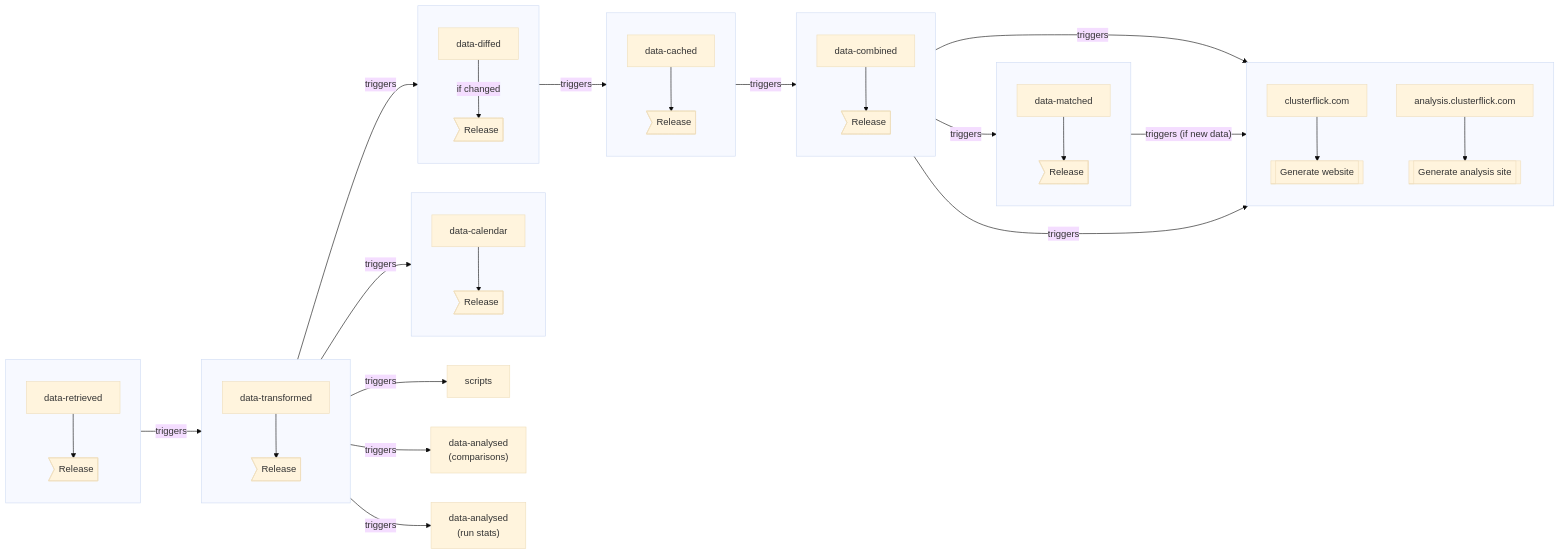
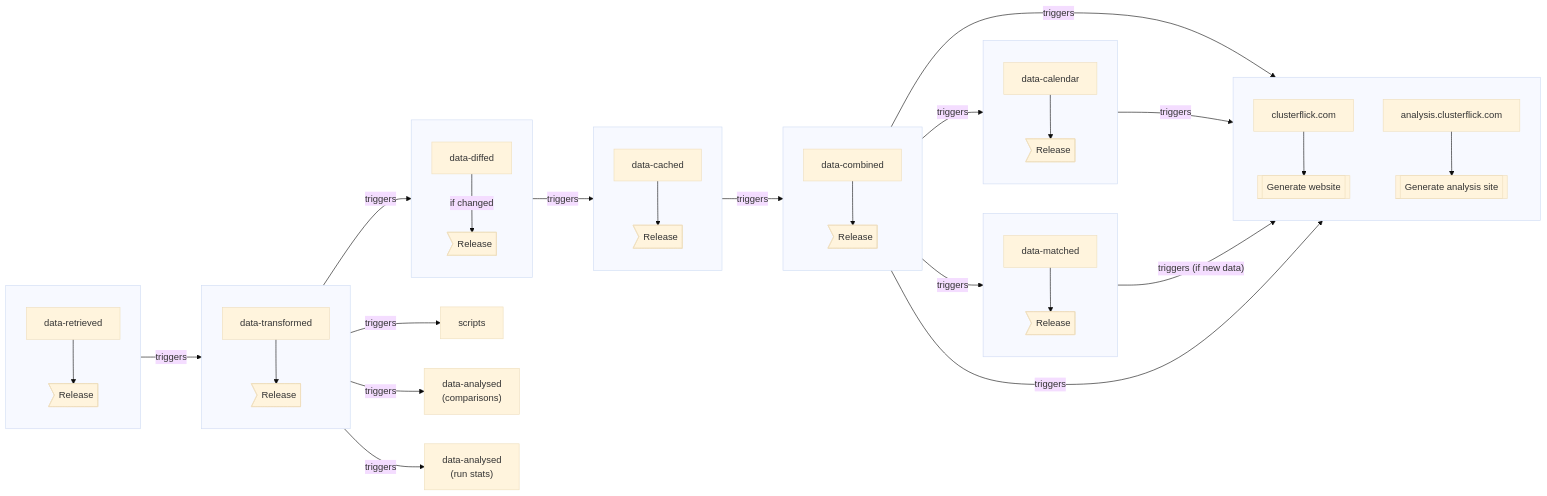
One commit to clusterflick/.github changed the diagram in profile/README.md. Above: the diagram before and after it, drawn with Mermaid (base theme). The commit also changed other lines of this file, not shown here.

Commit message:
Update pipeline diagram

````diff
--- a/profile/README.md
+++ b/profile/README.md
@@ -31,68 +32,69 @@
 ```mermaid
 flowchart LR
     retrieved["data-retrieved"]
     transformed["data-transformed"]
     calendar["data-calendar"]
     cached["data-cached"]
     diffed["data-diffed"]
     combined["data-combined"]
     matched["data-matched"]
     scripts["scripts"]
     analysed["data-analysed<br>(comparisons)"]
     runstats["data-analysed<br>(run stats)"]
 
     subgraph retrival[" "]
         direction TB
         retrieved --> retrival-release>Release]
     end
 
     subgraph transformation[" "]
         direction TB
         transformed --> transformation-release>Release]
     end
 
     subgraph calendars[" "]
         direction TB
         calendar --> calendar-release>Release]
     end
 
     subgraph caching[" "]
         direction TB
         cached --> cached-release>Release]
     end
 
     subgraph diffing[" "]
         direction TB
         diffed --"if changed"--> diffed-release>Release]
     end
 
     subgraph combination[" "]
         direction TB
         combined --> combined-release>Release]
     end
 
     subgraph matching[" "]
         direction TB
         matched --> matched-release>Release]
     end
 
     subgraph website[" "]
         direction TB
         clusterflick.com --> id1[[Generate website]]
         analysis["analysis.clusterflick.com"] --> id2[[Generate analysis site]]
     end
 
     retrival --triggers--> transformation
-    transformation --triggers--> calendars
     transformation --triggers--> diffing
     transformation --triggers--> scripts
     transformation --triggers--> analysed
     transformation --triggers--> runstats
     diffing --triggers--> caching
     caching --triggers--> combination
+    combination --triggers--> calendars
     combination --triggers--> matching
     combination --triggers--> website
+    calendars --triggers--> website
     matching --"triggers (if new data)"--> website
     combination --triggers--> analysis
 
 ```
````
